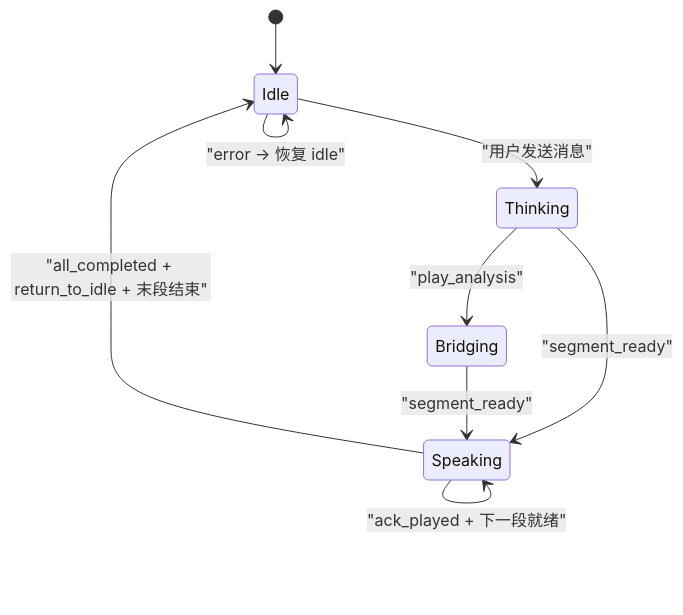
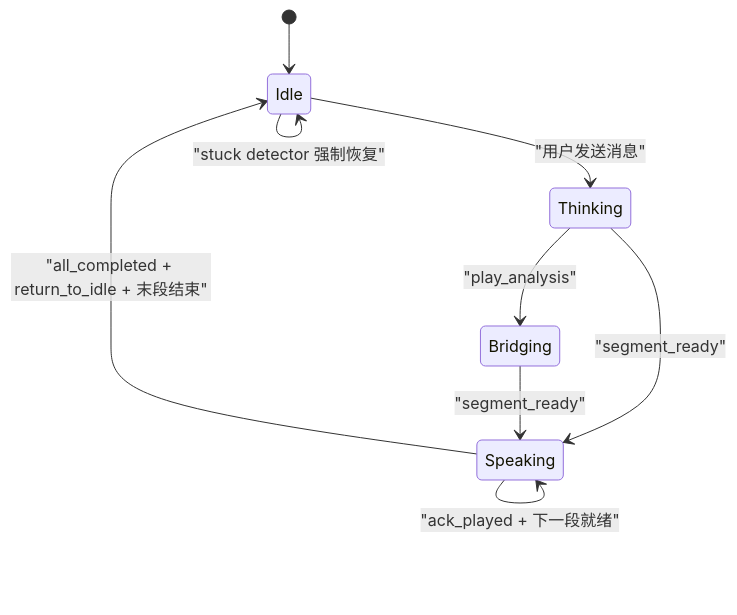
Before and after one commit to leo21cn/real-time-talk: the fourth of 6 diagrams in .qoder/repowiki/zh/content/前端应用/虚拟形象系统.md, drawn with Mermaid. The commit also changed other lines of this file and 5 other files, not shown here.

````diff
--- a/.qoder/repowiki/zh/content/前端应用/虚拟形象系统.md
+++ b/.qoder/repowiki/zh/content/前端应用/虚拟形象系统.md
@@ -248,11 +259,12 @@
 ```mermaid
 stateDiagram-v2
 [*] --> Idle
 Idle --> Thinking : "用户发送消息"
 Thinking --> Bridging : "play_analysis"
 Thinking --> Speaking : "segment_ready"
 Bridging --> Speaking : "segment_ready"
 Speaking --> Speaking : "ack_played + 下一段就绪"
 Speaking --> Idle : "all_completed + return_to_idle + 末段结束"
 Idle --> Idle : "error → 恢复 idle"
+Idle --> Idle : "stuck detector 强制恢复"
 ```
````
